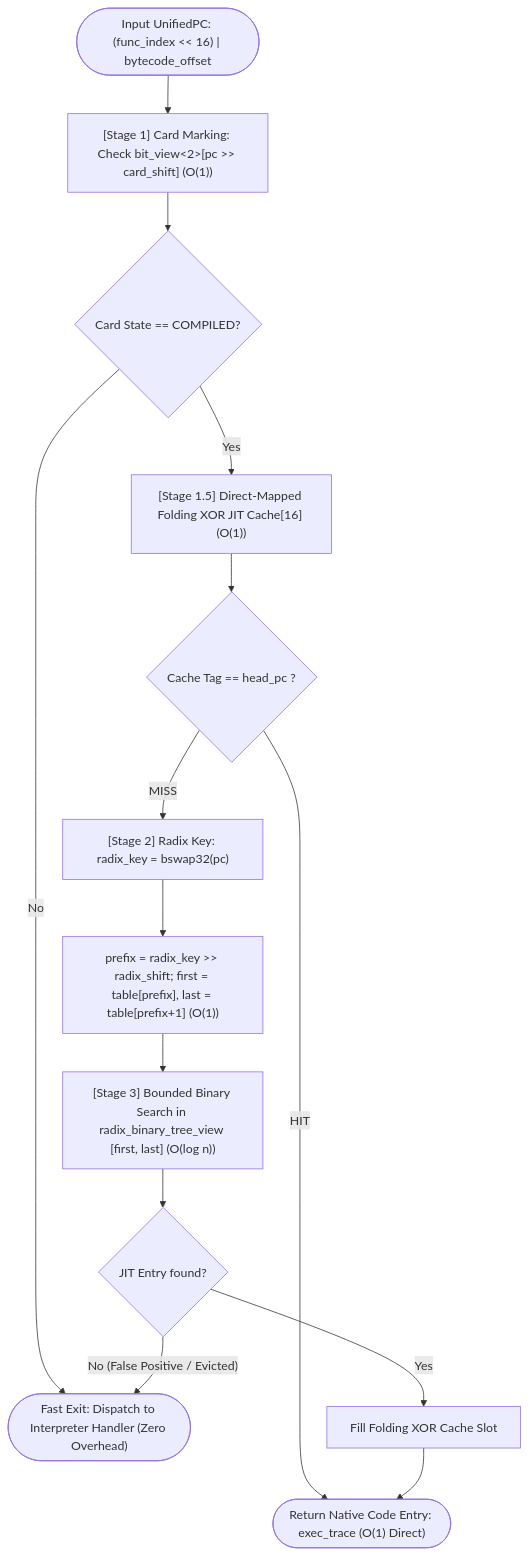
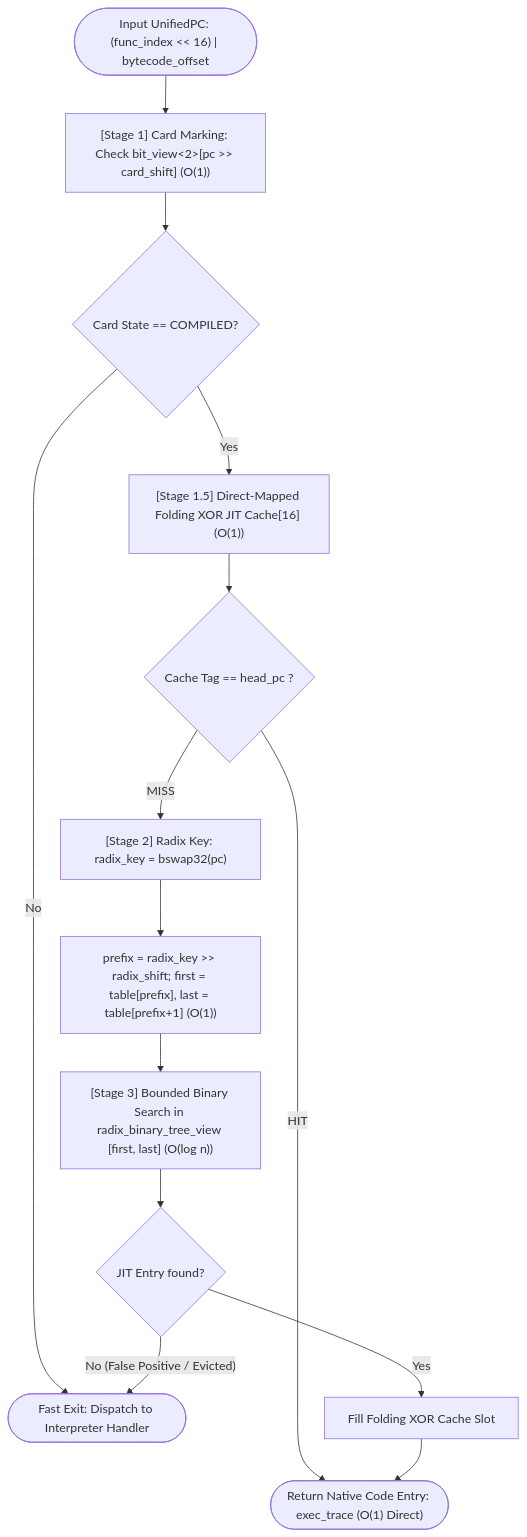
One commit to kmt-t/fireball changed the second of 5 diagrams in docs/components/tier3_jit/jit_runtime.md. Above: the diagram before and after it, drawn with Mermaid. The commit also changed other lines of this file and 30 other files, not shown here.

````diff
--- a/docs/components/tier3_jit/jit_runtime.md
+++ b/docs/components/tier3_jit/jit_runtime.md
@@ -91,19 +91,19 @@
 ```mermaid
 flowchart TD
     Start(["Input UnifiedPC: (func_index << 16) | bytecode_offset"]) --> Stage1["[Stage 1] Card Marking: Check bit_view<2>[pc >> card_shift] (O(1))"]
     Stage1 --> CheckCompiled{"Card State == COMPILED?"}
 
-    CheckCompiled -- "No" --> ExitInterp(["Fast Exit: Dispatch to Interpreter Handler (Zero Overhead)"])
+    CheckCompiled -- "No" --> ExitInterp(["Fast Exit: Dispatch to Interpreter Handler"])
     CheckCompiled -- "Yes" --> StageFast["[Stage 1.5] Direct-Mapped Folding XOR JIT Cache[16] (O(1))"]
 
     StageFast --> FastHit{"Cache Tag == head_pc ?"}
     FastHit -- "HIT" --> ReturnTrace(["Return Native Code Entry: exec_trace (O(1) Direct)"])
 
     FastHit -- "MISS" --> Stage2["[Stage 2] Radix Key: radix_key = bswap32(pc)"]
     Stage2 --> LookupRadix["prefix = radix_key >> radix_shift; first = table[prefix], last = table[prefix+1] (O(1))"]
     LookupRadix --> Stage3["[Stage 3] Bounded Binary Search in radix_binary_tree_view [first, last] (O(log n))"]
 
     Stage3 --> Hit{"JIT Entry found?"}
     Hit -- "Yes" --> FillSlot["Fill Folding XOR Cache Slot"] --> ReturnTrace
     Hit -- "No (False Positive / Evicted)" --> ExitInterp
 ```
````
